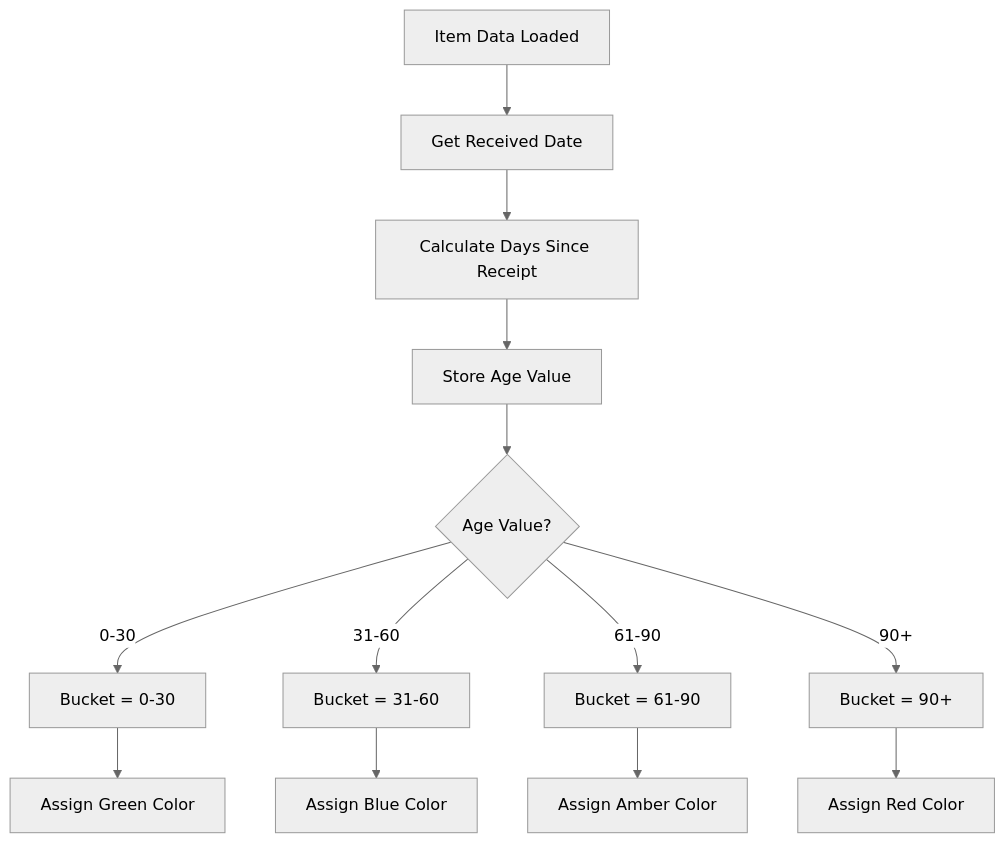
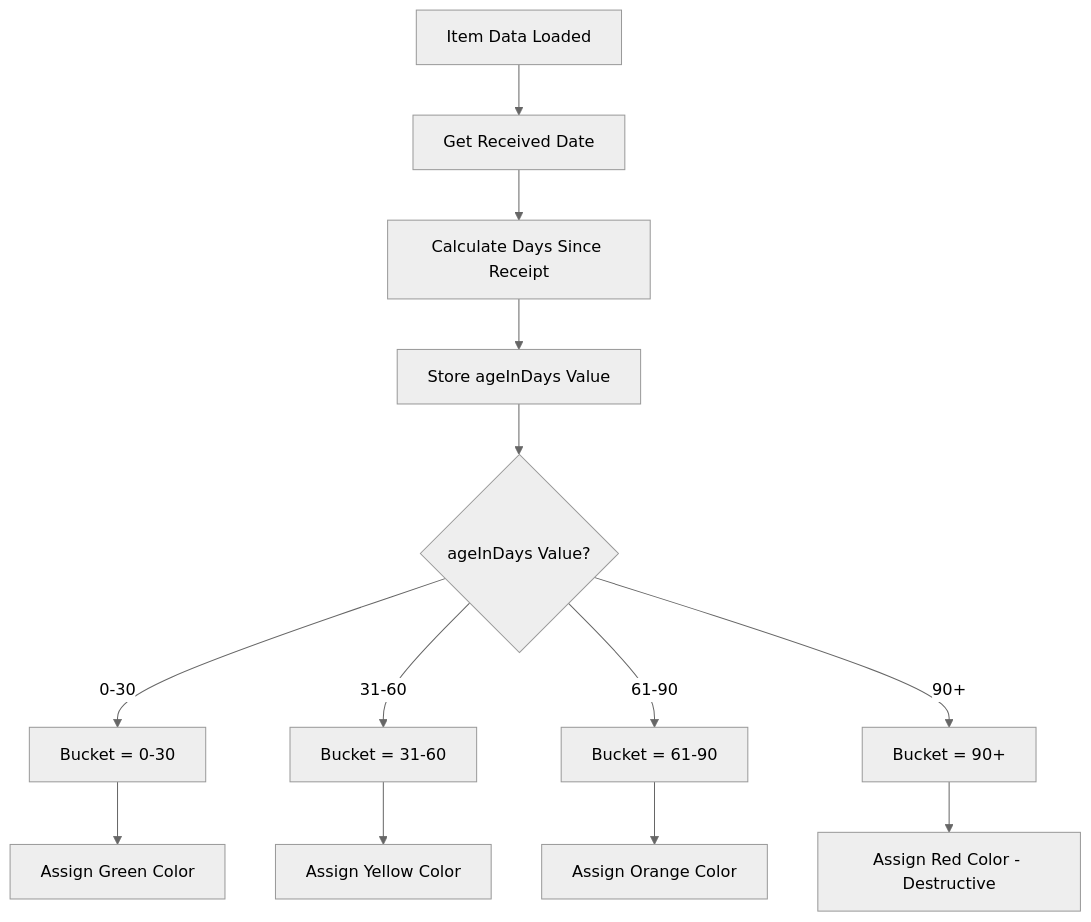
One commit to PeakMNA/carmen changed the second of 23 diagrams in docs/app/inventory-management/stock-overview/inventory-aging/FD-inventory-aging.md. Above: the diagram before and after it, drawn with Mermaid (neutral theme). The commit also changed other lines of this file and 473 other files, not shown here.

````diff
--- a/docs/app/inventory-management/stock-overview/inventory-aging/FD-inventory-aging.md
+++ b/docs/app/inventory-management/stock-overview/inventory-aging/FD-inventory-aging.md
@@ -39,15 +50,15 @@
 ```mermaid
-flowchart TD
+graph TD
     A[Item Data Loaded] --> B[Get Received Date]
     B --> C[Calculate Days Since Receipt]
-    C --> D[Store Age Value]
-    D --> E{Age Value?}
+    C --> D[Store ageInDays Value]
+    D --> E{ageInDays Value?}
     E -->|0-30| F[Bucket = 0-30]
     E -->|31-60| G[Bucket = 31-60]
     E -->|61-90| H[Bucket = 61-90]
     E -->|90+| I[Bucket = 90+]
     F --> J[Assign Green Color]
-    G --> K[Assign Blue Color]
-    H --> L[Assign Amber Color]
-    I --> M[Assign Red Color]
+    G --> K[Assign Yellow Color]
+    H --> L[Assign Orange Color]
+    I --> M[Assign Red Color - Destructive]
 ```
````
